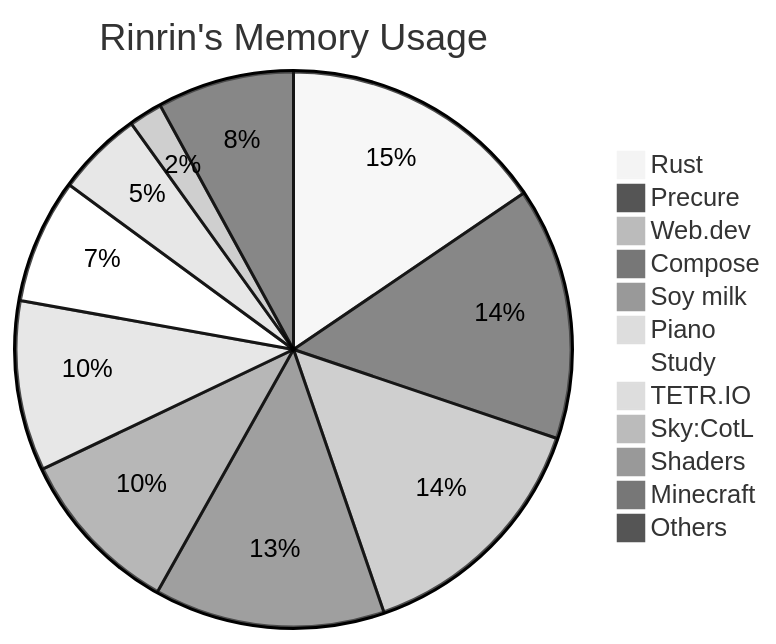
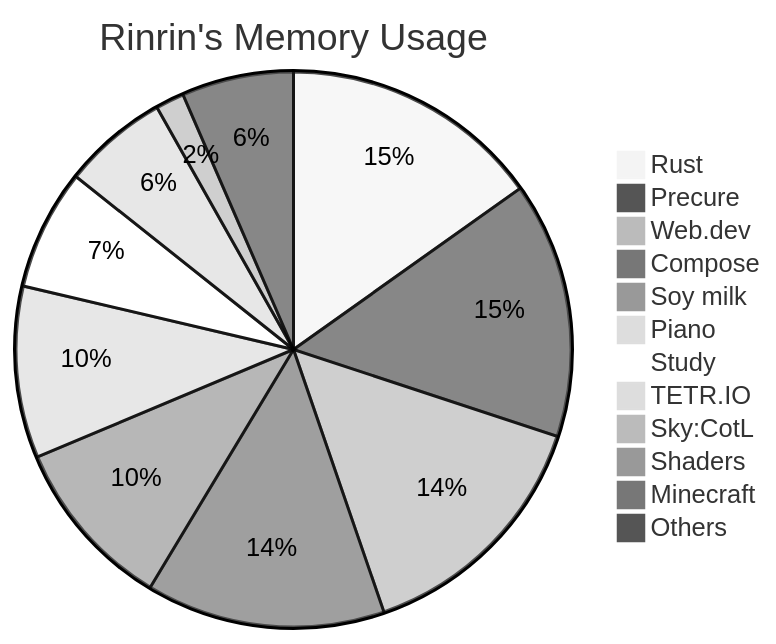
The diagram in README.md (Rinrin0413/Rinrin0413), drawn with Mermaid (neutral theme) before and after one commit.

Commit message:
🛠 Update: Rinrin's Memory Usage

````diff
--- a/README.md
+++ b/README.md
@@ -77,15 +77,15 @@
 ```mermaid
 pie title Rinrin's Memory Usage
-    "Rust": 579
-    "Precure": 548
-    "Web.dev": 543
-    "Compose": 501
-    "Soy milk": 365
-    "Piano": 370
-    "Study": 271
-    "TETR.IO": 187
-    "Sky:CotL": 73
+    "Rust": 566
+    "Precure": 556
+    "Web.dev": 547
+    "Compose": 519
+    "Soy milk": 375
+    "Piano": 373
+    "Study": 262
+    "TETR.IO": 229
+    "Sky:CotL": 62
     "Shaders": 30
     "Minecraft": 30
-    "Others": 297
+    "Others": 243
 ```
````
